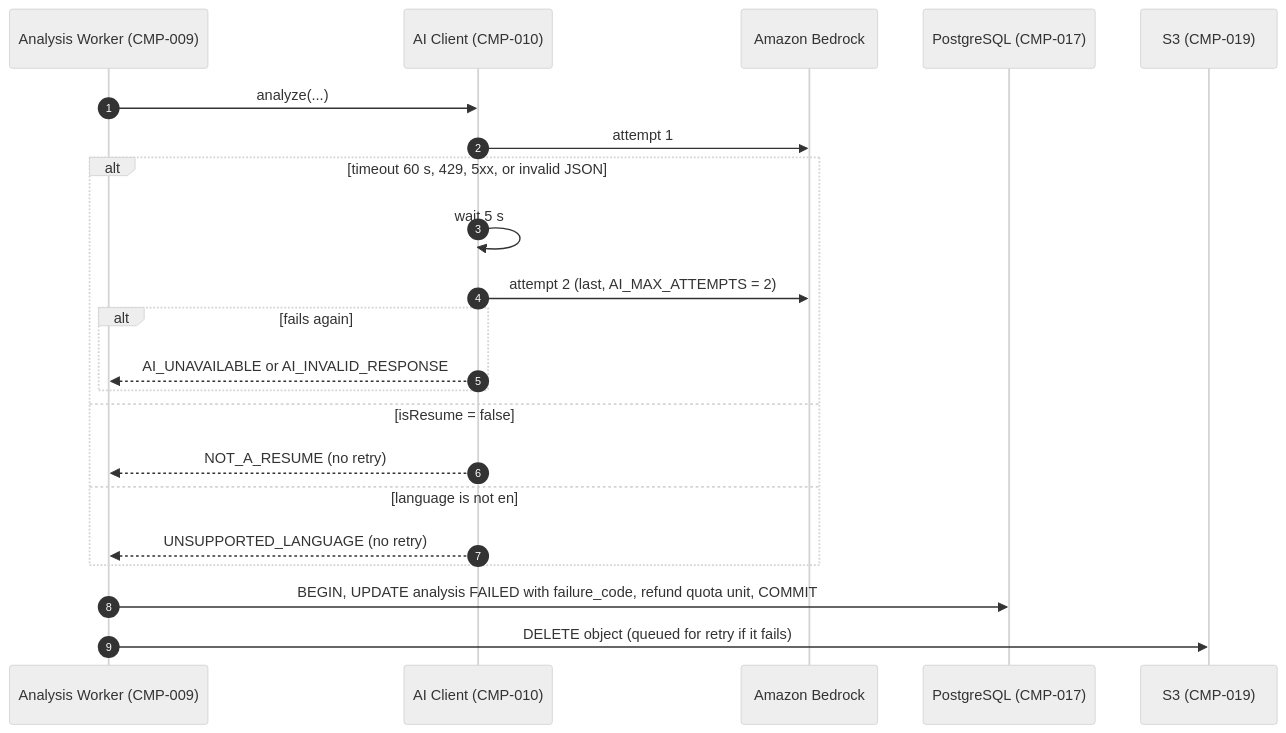
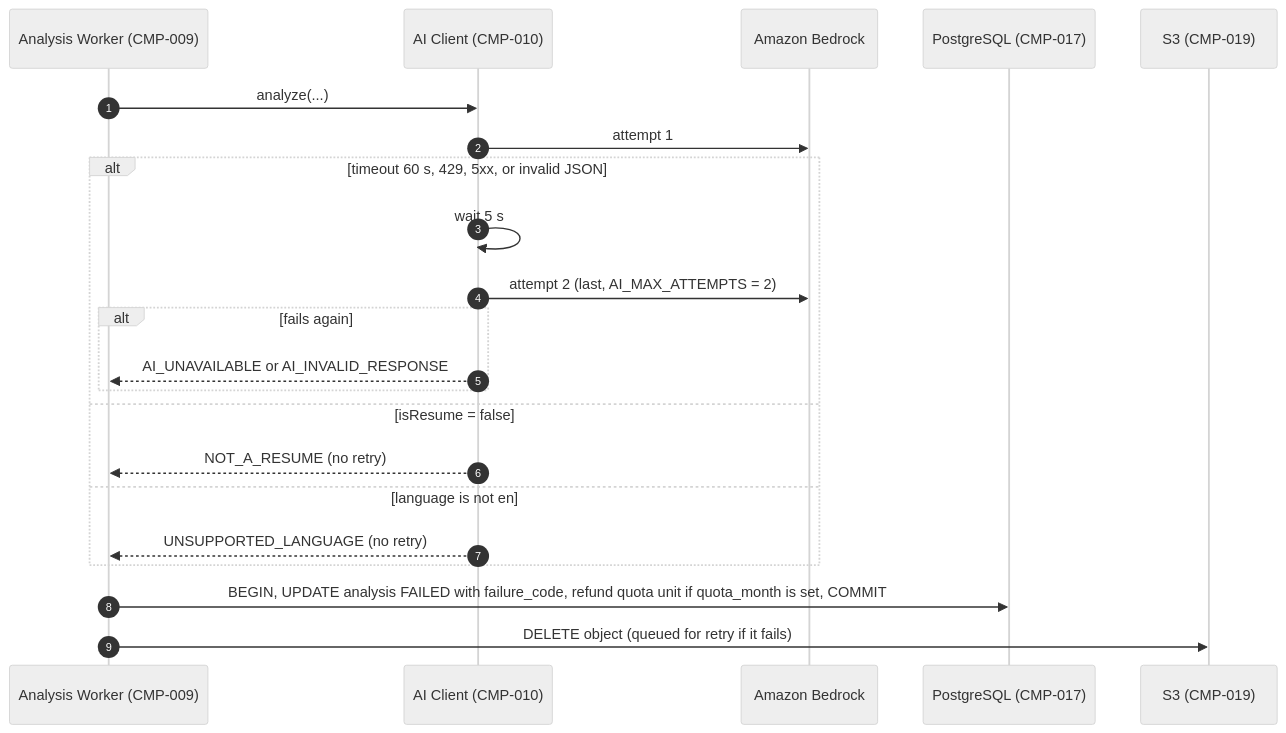
One commit to divii-school/spec-homework changed the fourth of 13 diagrams in pratiksha/spec.md. Above: the diagram before and after it, drawn with Mermaid (neutral theme). The commit also changed other lines of this file and 1 other file, not shown here.

Commit message:
round 2: update architecture, DB, API, traceability and change log for Resume Pro (v0.5)

````diff
--- a/pratiksha/spec.md
+++ b/pratiksha/spec.md
@@ -1021,24 +1053,24 @@
 ```mermaid
 sequenceDiagram
   autonumber
   participant W as Analysis Worker (CMP-009)
   participant AI as AI Client (CMP-010)
   participant BR as Amazon Bedrock
   participant P as PostgreSQL (CMP-017)
   participant S as S3 (CMP-019)
   W->>AI: analyze(...)
   AI->>BR: attempt 1
   alt timeout 60 s, 429, 5xx, or invalid JSON
     AI->>AI: wait 5 s
     AI->>BR: attempt 2 (last, AI_MAX_ATTEMPTS = 2)
     alt fails again
       AI-->>W: AI_UNAVAILABLE or AI_INVALID_RESPONSE
     end
   else isResume = false
     AI-->>W: NOT_A_RESUME (no retry)
   else language is not en
     AI-->>W: UNSUPPORTED_LANGUAGE (no retry)
   end
-  W->>P: BEGIN, UPDATE analysis FAILED with failure_code, refund quota unit, COMMIT
+  W->>P: BEGIN, UPDATE analysis FAILED with failure_code, refund quota unit if quota_month is set, COMMIT
   W->>S: DELETE object (queued for retry if it fails)
 ```
````
